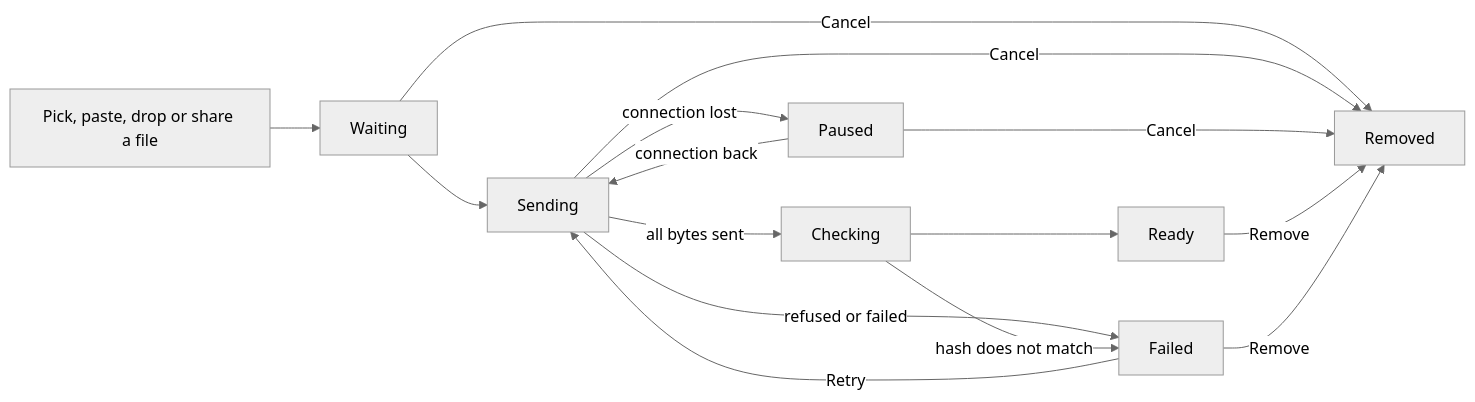
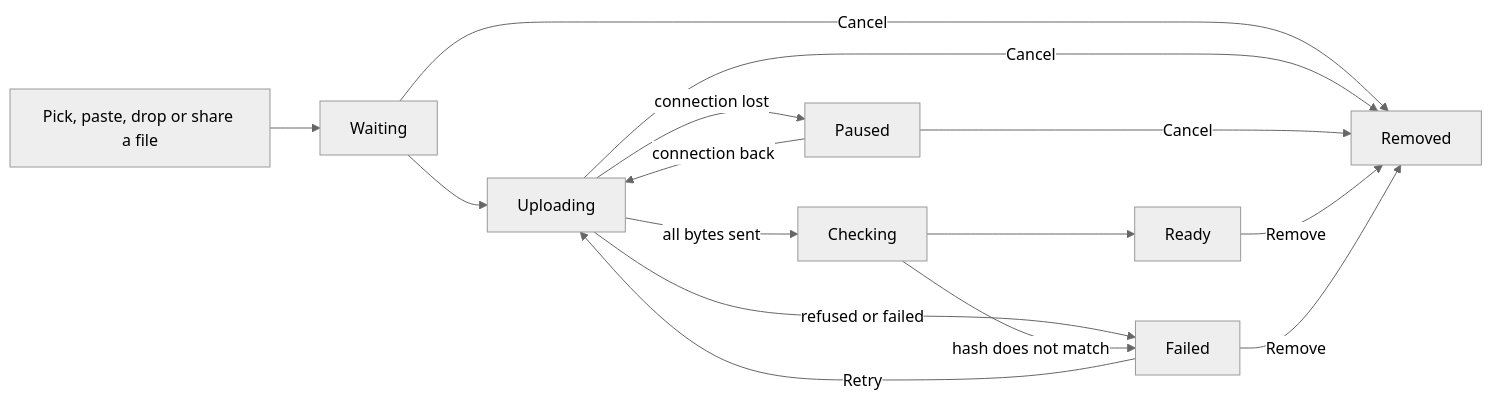
The diagram in docs/ux/uploads.md (Forrest-Technologies/drover), drawn with Mermaid (neutral theme) before and after one commit. The commit also changed other lines of this file and 2 other files, not shown here.

````diff
--- a/docs/ux/uploads.md
+++ b/docs/ux/uploads.md
@@ -11,17 +11,17 @@
 ```mermaid
 flowchart LR
     pick[Pick, paste, drop or share a file] --> waiting[Waiting]
-    waiting --> sending[Sending]
-    sending -->|connection lost| paused[Paused]
-    paused -->|connection back| sending
-    sending -->|all bytes sent| checking[Checking]
+    waiting --> uploading[Uploading]
+    uploading -->|connection lost| paused[Paused]
+    paused -->|connection back| uploading
+    uploading -->|all bytes sent| checking[Checking]
     checking --> ready[Ready]
-    sending -->|refused or failed| failed[Failed]
+    uploading -->|refused or failed| failed[Failed]
     checking -->|hash does not match| failed
-    failed -->|Retry| sending
+    failed -->|Retry| uploading
     waiting -->|Cancel| gone[Removed]
-    sending -->|Cancel| gone
+    uploading -->|Cancel| gone
     paused -->|Cancel| gone
     ready -->|Remove| gone
     failed -->|Remove| gone
 ```
````
